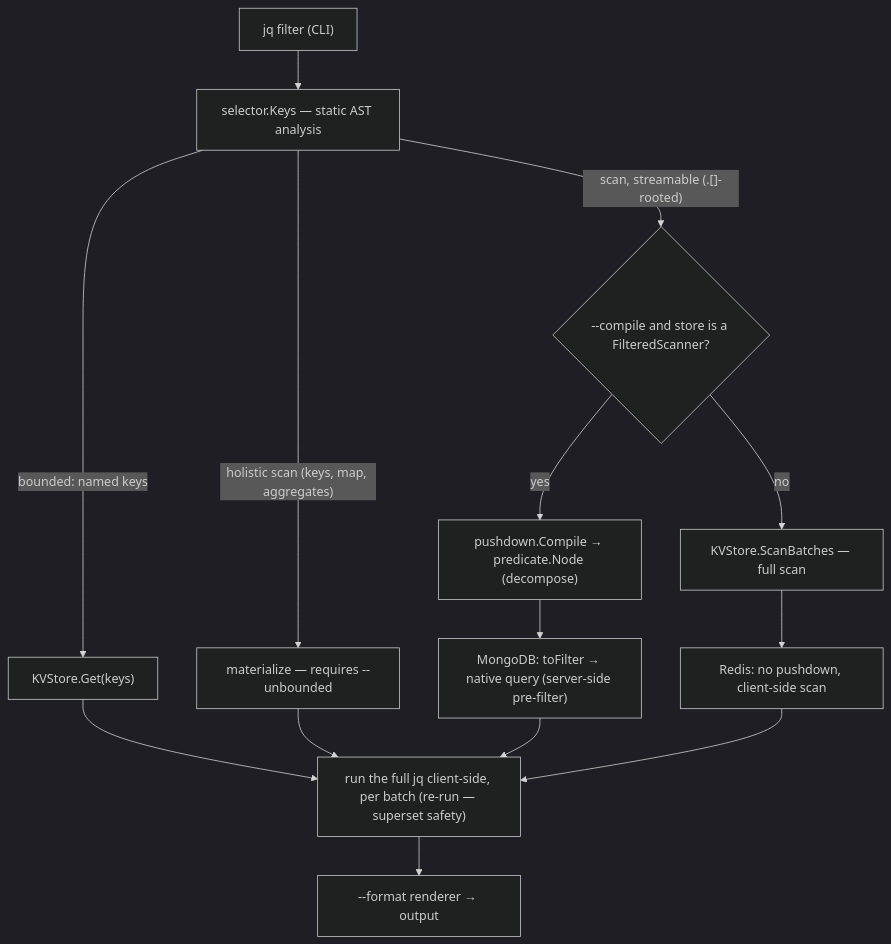
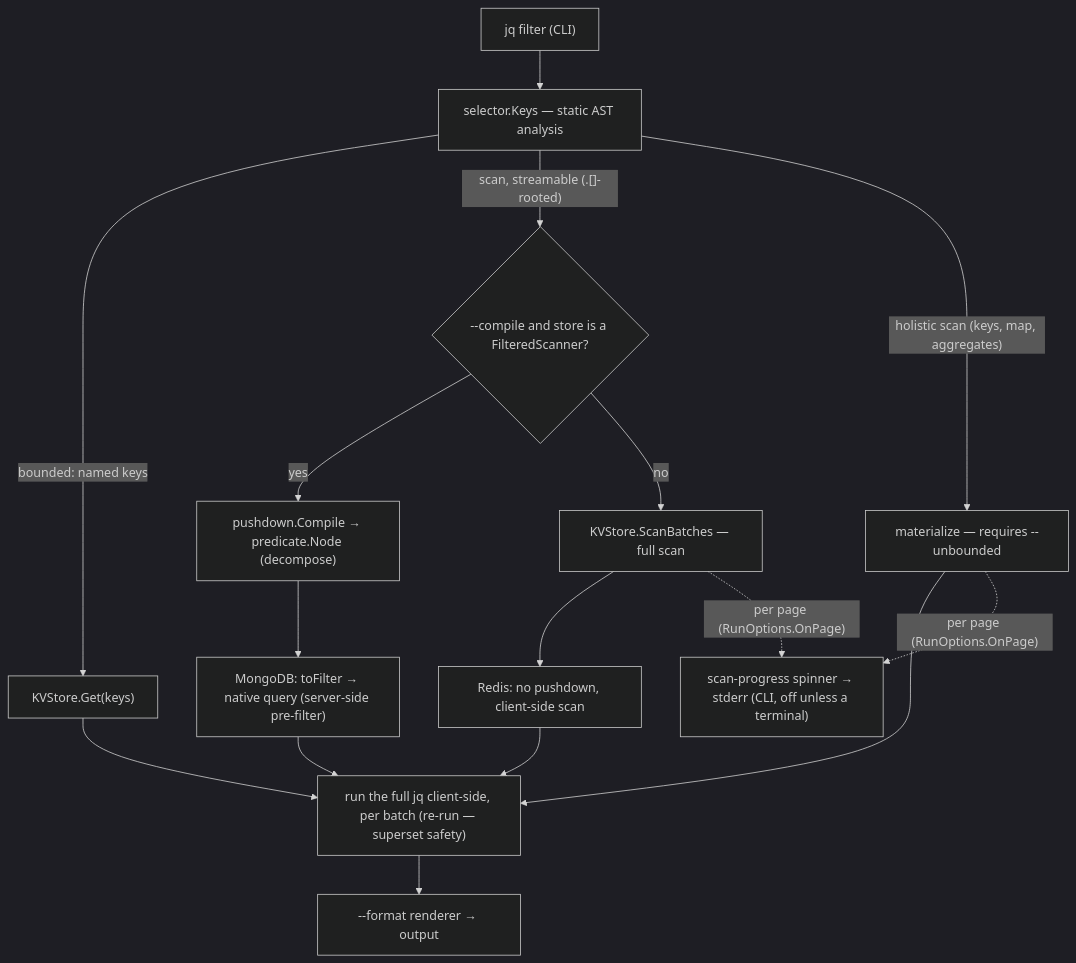
One commit to zsltg/iq changed the diagram in README.md. Above: the diagram before and after it, drawn with Mermaid (dark theme). The commit also changed other lines of this file and 10 other files, not shown here.

First line of the commit message:
feat(progress): add scan progress spinner for unbounded queries

````diff
--- a/README.md
+++ b/README.md
@@ -437,19 +443,22 @@
 ```mermaid
 graph TD
   F["jq filter (CLI)"] --> SEL["selector.Keys — static AST analysis"]
   SEL -->|"bounded: named keys"| GET["KVStore.Get(keys)"]
   SEL -->|"scan, streamable (.[]-rooted)"| CMP{"--compile and store is a FilteredScanner?"}
   SEL -->|"holistic scan (keys, map, aggregates)"| MAT["materialize — requires --unbounded"]
 
   CMP -->|yes| PD["pushdown.Compile → predicate.Node (decompose)"]
   CMP -->|no| RS["KVStore.ScanBatches — full scan"]
 
   PD --> MG["MongoDB: toFilter → native query (server-side pre-filter)"]
   RS --> RD["Redis: no pushdown, client-side scan"]
 
   GET --> JQ["run the full jq client-side, per batch (re-run — superset safety)"]
   MAT --> JQ
   MG --> JQ
   RD --> JQ
   JQ --> OUT["--format renderer → output"]
+
+  RS -.->|"per page (RunOptions.OnPage)"| PROG["scan-progress spinner → stderr (CLI, off unless a terminal)"]
+  MAT -.->|"per page (RunOptions.OnPage)"| PROG
 ```
````
